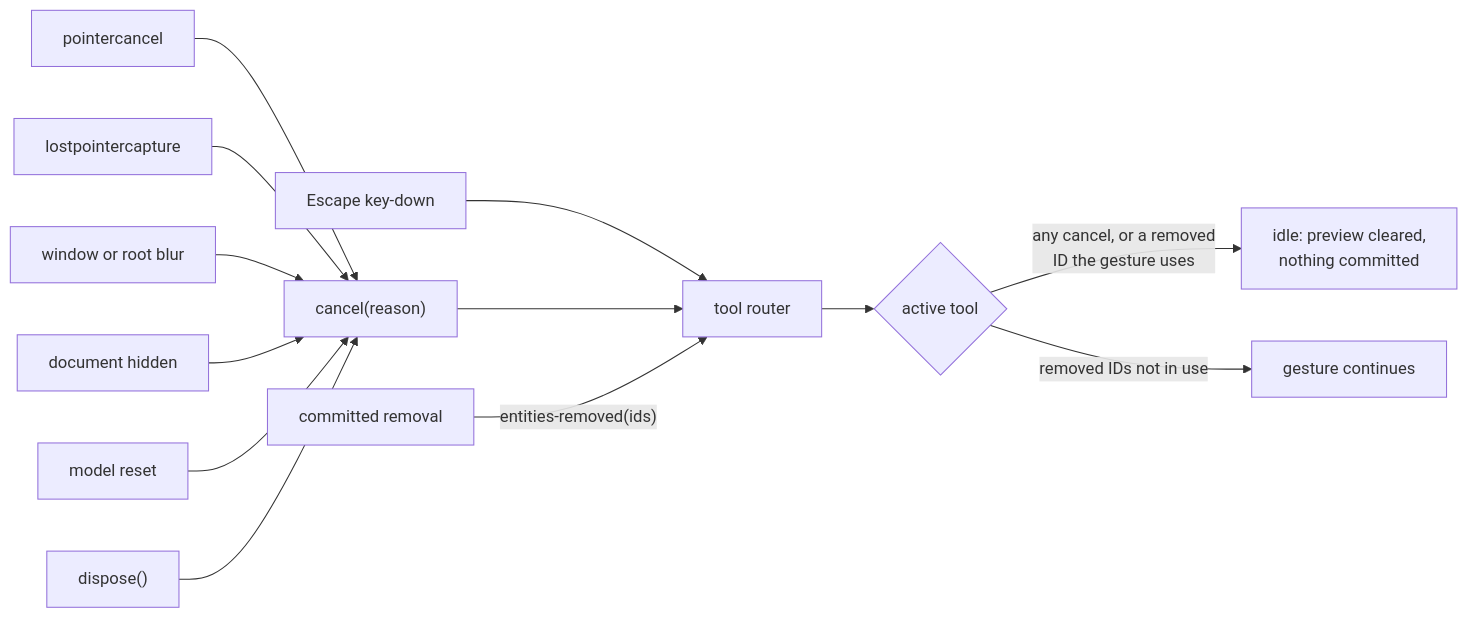
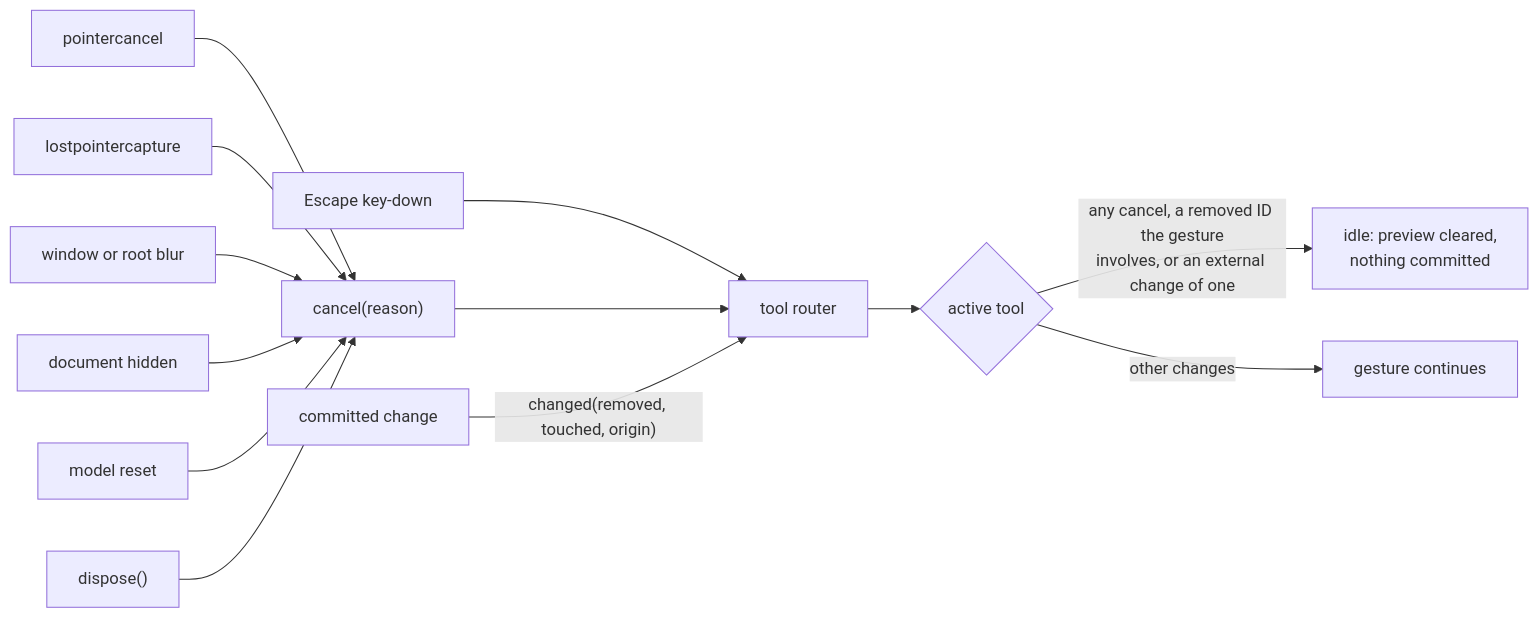
One commit to paceholder/nodeeditor-js changed the fourth of 5 diagrams in docs/interaction.md. Above: the diagram before and after it, drawn with Mermaid. The commit also changed other lines of this file and 16 other files, not shown here.

First line of the commit message:
Let the tool router end a gesture when an entity it involves is removed or changed from outside

````diff
--- a/docs/interaction.md
+++ b/docs/interaction.md
@@ -404,15 +407,15 @@
 ```mermaid
 flowchart LR
   pc["pointercancel"] --> cancel
   lc["lostpointercapture"] --> cancel
   blur["window or root blur"] --> cancel
   hidden["document hidden"] --> cancel
   reset["model reset"] --> cancel
   dispose["dispose()"] --> cancel
   esc["Escape key-down"] --> router
   cancel["cancel(reason)"] --> router["tool router"]
-  removed["committed removal"] -- "entities-removed(ids)" --> router
+  changed["committed change"] -- "changed(removed, touched, origin)" --> router
   router --> tool{"active tool"}
-  tool -- "any cancel, or a removed<br/>ID the gesture uses" --> idle["idle: preview cleared,<br/>nothing committed"]
-  tool -- "removed IDs not in use" --> goes["gesture continues"]
+  tool -- "any cancel, a removed ID the gesture<br/>involves, or an external change of one" --> idle["idle: preview cleared,<br/>nothing committed"]
+  tool -- "other changes" --> goes["gesture continues"]
 ```
````
